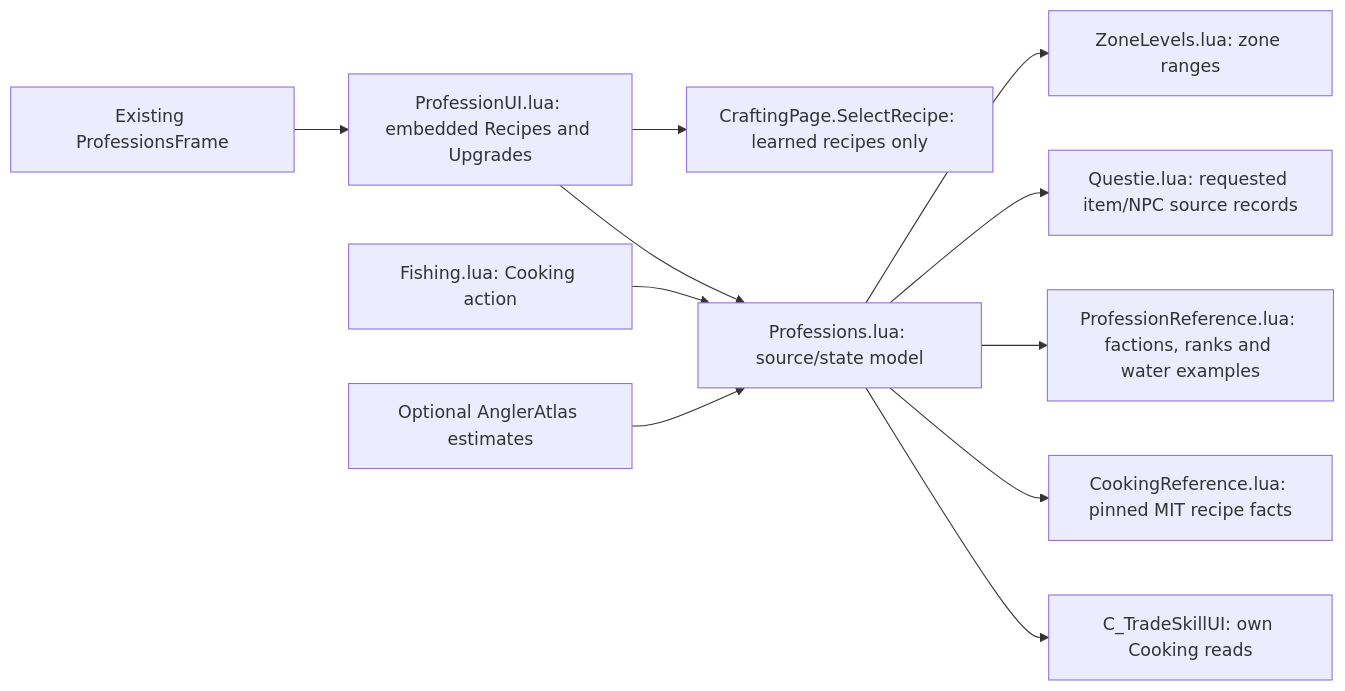
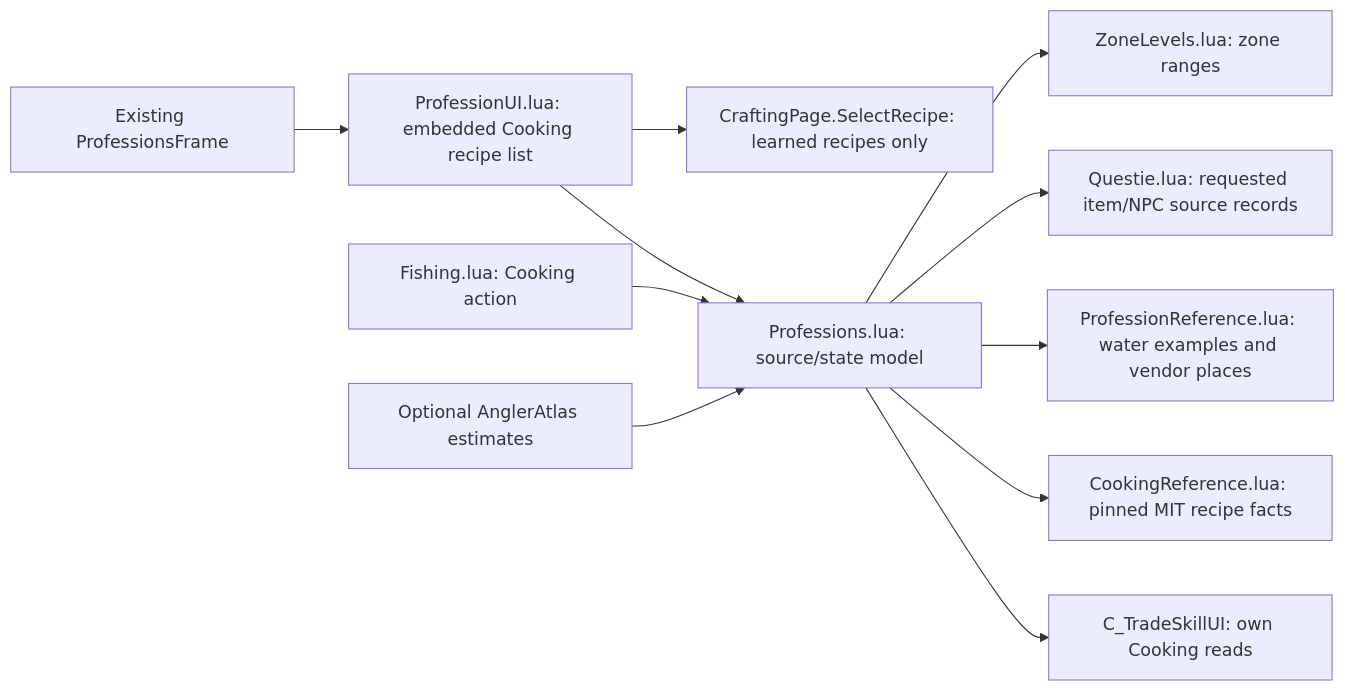
One commit to YodaGitMaster/QuestSharing changed the first of 29 diagrams in context/architecture.md. Above: the diagram before and after it, drawn with Mermaid. The commit also changed other lines of this file and 58 other files, not shown here.

````diff
--- a/context/architecture.md
+++ b/context/architecture.md
@@ -48,13 +48,13 @@
 ```mermaid
 flowchart LR
-    Native[Existing ProfessionsFrame] --> UI[ProfessionUI.lua: embedded Recipes and Upgrades]
+    Native[Existing ProfessionsFrame] --> UI[ProfessionUI.lua: embedded Cooking recipe list]
     Fishing[Fishing.lua: Cooking action] --> Model[Professions.lua: source/state model]
     UI --> Model
     Model --> API[C_TradeSkillUI: own Cooking reads]
     UI --> Craft[CraftingPage.SelectRecipe: learned recipes only]
     Model --> Cooking[CookingReference.lua: pinned MIT recipe facts]
-    Model --> Ranks[ProfessionReference.lua: factions, ranks and water examples]
+    Model --> Ranks[ProfessionReference.lua: water examples and vendor places]
     Model --> Sources[Questie.lua: requested item/NPC source records]
     Model --> Levels[ZoneLevels.lua: zone ranges]
     Atlas[Optional AnglerAtlas estimates] --> Model
 ```
````
